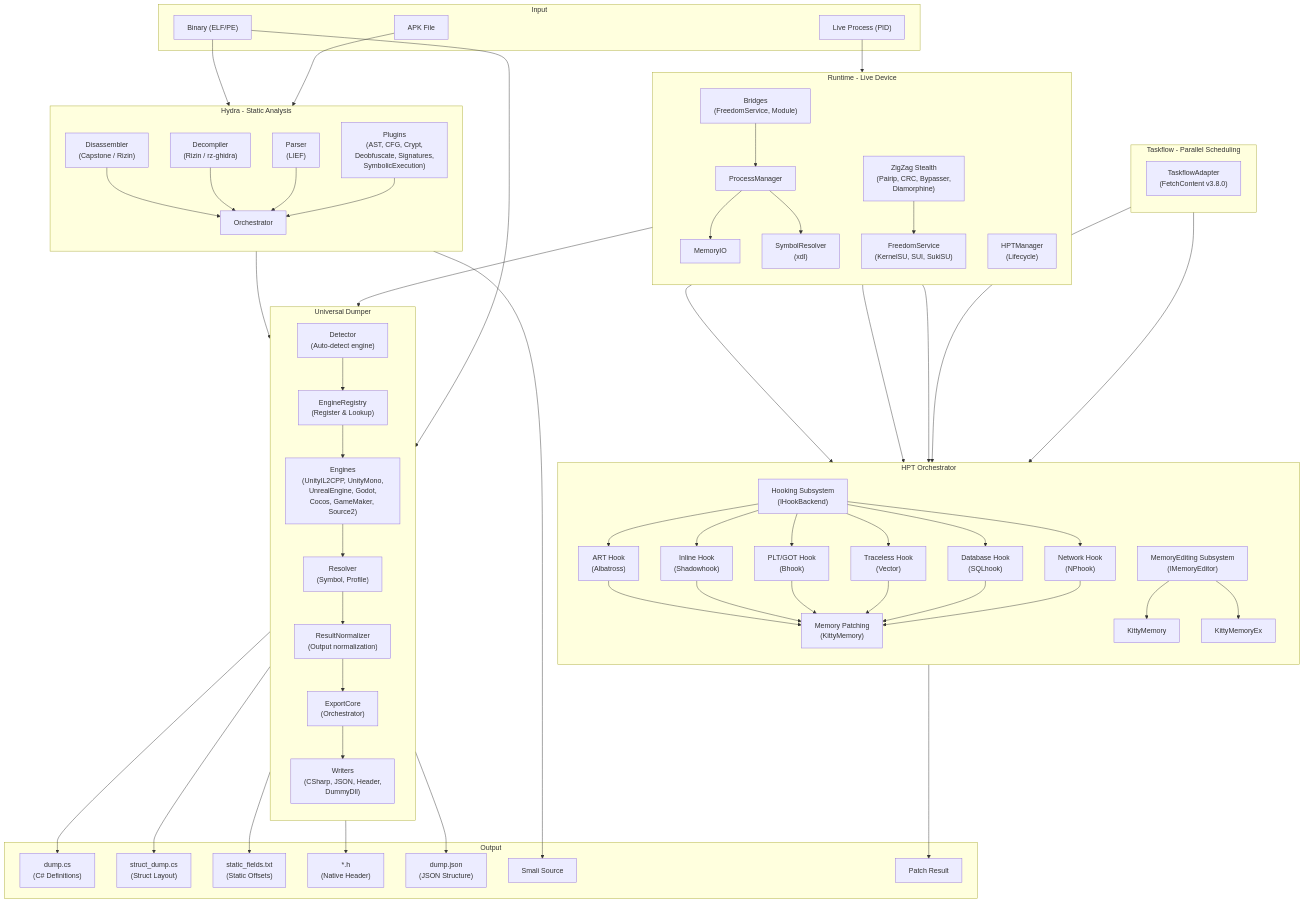
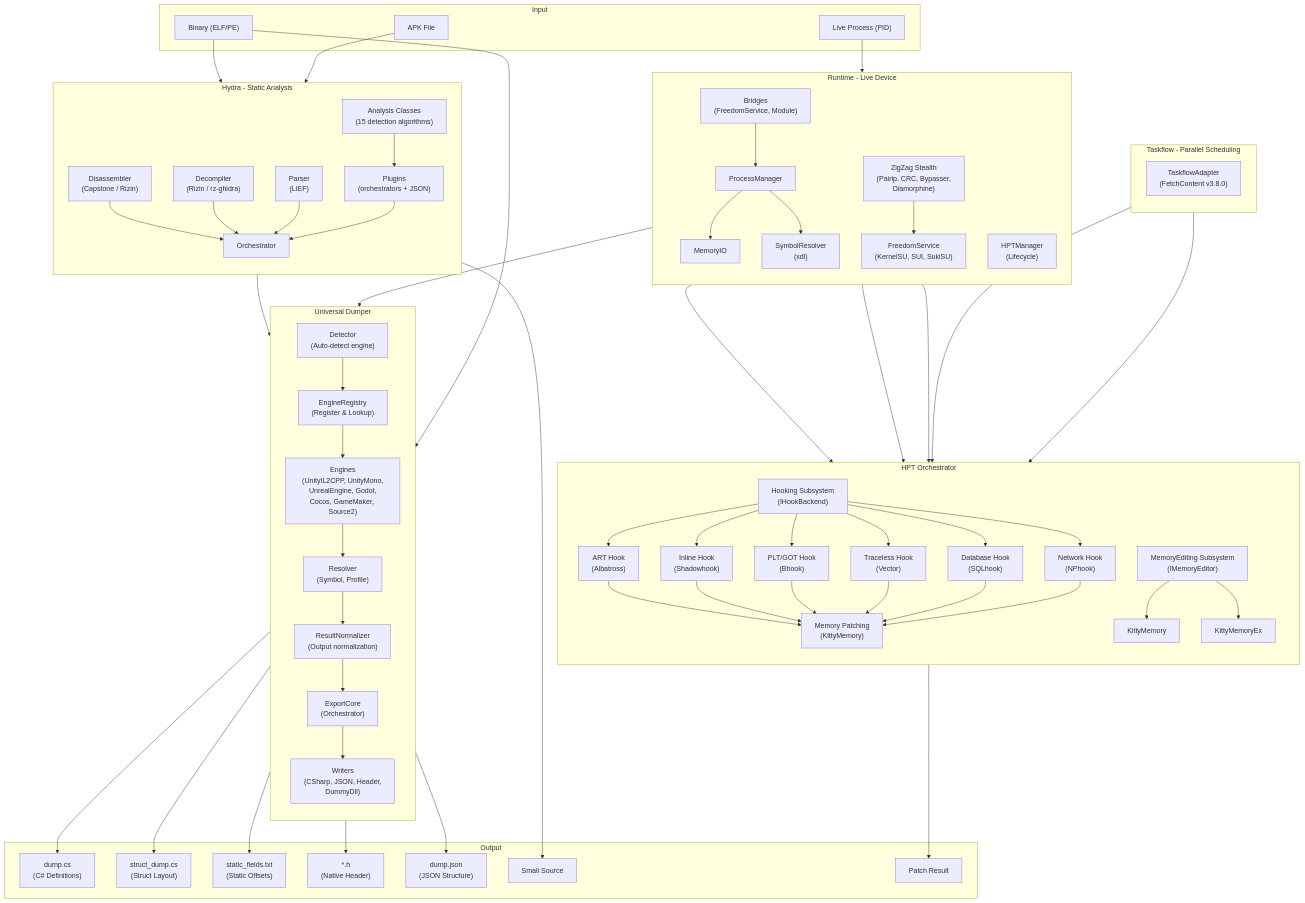
Before and after one commit to CicakDroid/OmniByte: the first of 2 diagrams in README_EN.md, drawn with Mermaid. The commit also changed other lines of this file and 4 other files, not shown here.

Commit message:
update readme+diagram

```diff
--- a/README_EN.md
+++ b/README_EN.md
@@ -224,11 +231,13 @@
         H_DIS["Disassembler\n(Capstone / Rizin)"]
         H_DEC["Decompiler\n(Rizin / rz-ghidra)"]
         H_PAR["Parser\n(LIEF)"]
-        H_PLG["Plugins\n(AST, CFG, Crypt,\nDeobfuscate, Signatures,\nSymbolicExecution)"]
+        H_ANA["Analysis Classes\n(15 detection algorithms)"]
+        H_PLG["Plugins\n(orchestrators + JSON)"]
         H_ORC["Orchestrator"]
         H_DIS --> H_ORC
         H_DEC --> H_ORC
         H_PAR --> H_ORC
+        H_ANA --> H_PLG
         H_PLG --> H_ORC
     end
 
```
